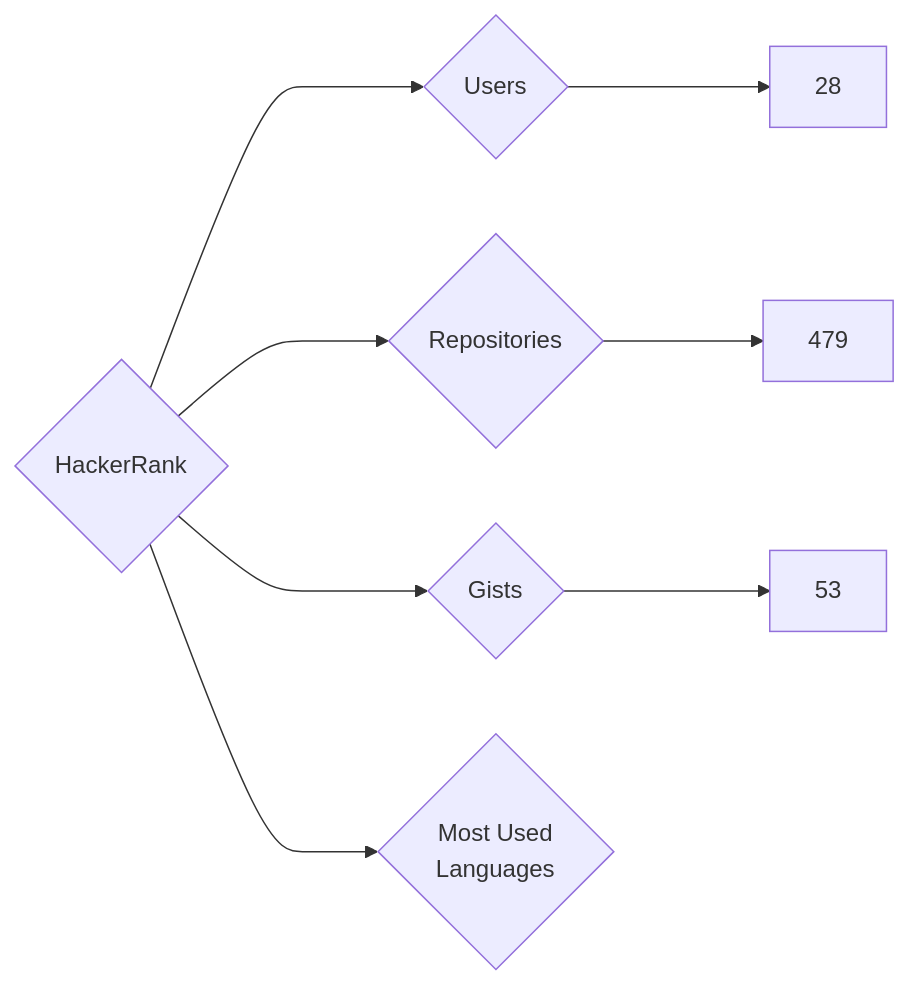
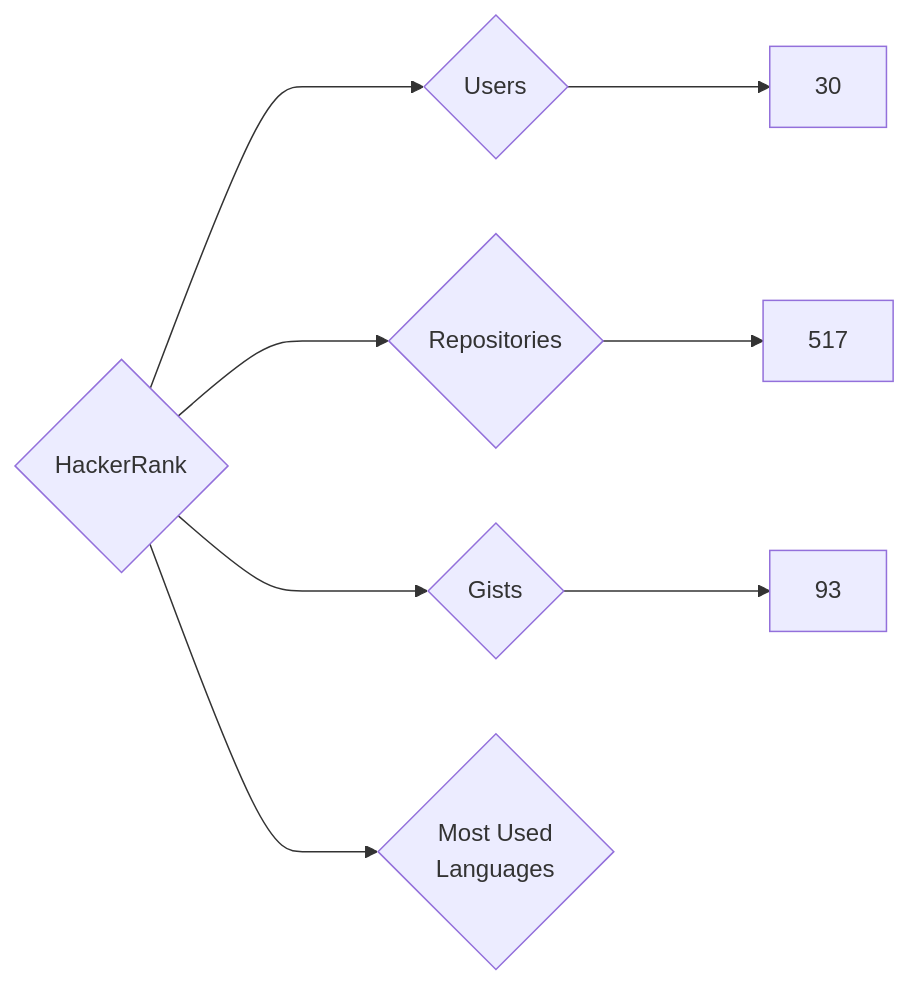
One commit to nenadzaric/insiders changed the diagram in targets/HackerRank/README.md. Above: the diagram before and after it, drawn with Mermaid. The commit also changed 1342 other files, not shown here.

````diff
--- a/targets/HackerRank/README.md
+++ b/targets/HackerRank/README.md
@@ -3,8 +3,8 @@
 ```mermaid
 graph LR
 COMPANY_NAME{HackerRank}
-COMPANY_NAME ---> U{Users} ---> UN[28]
-COMPANY_NAME ---> R{Repositories} ---> RN[479]
-COMPANY_NAME ---> G{Gists} ---> GN[53]
+COMPANY_NAME ---> U{Users} ---> UN[30]
+COMPANY_NAME ---> R{Repositories} ---> RN[517]
+COMPANY_NAME ---> G{Gists} ---> GN[93]
 COMPANY_NAME ---> ML{Most Used<br>Languages}
 ```
````
